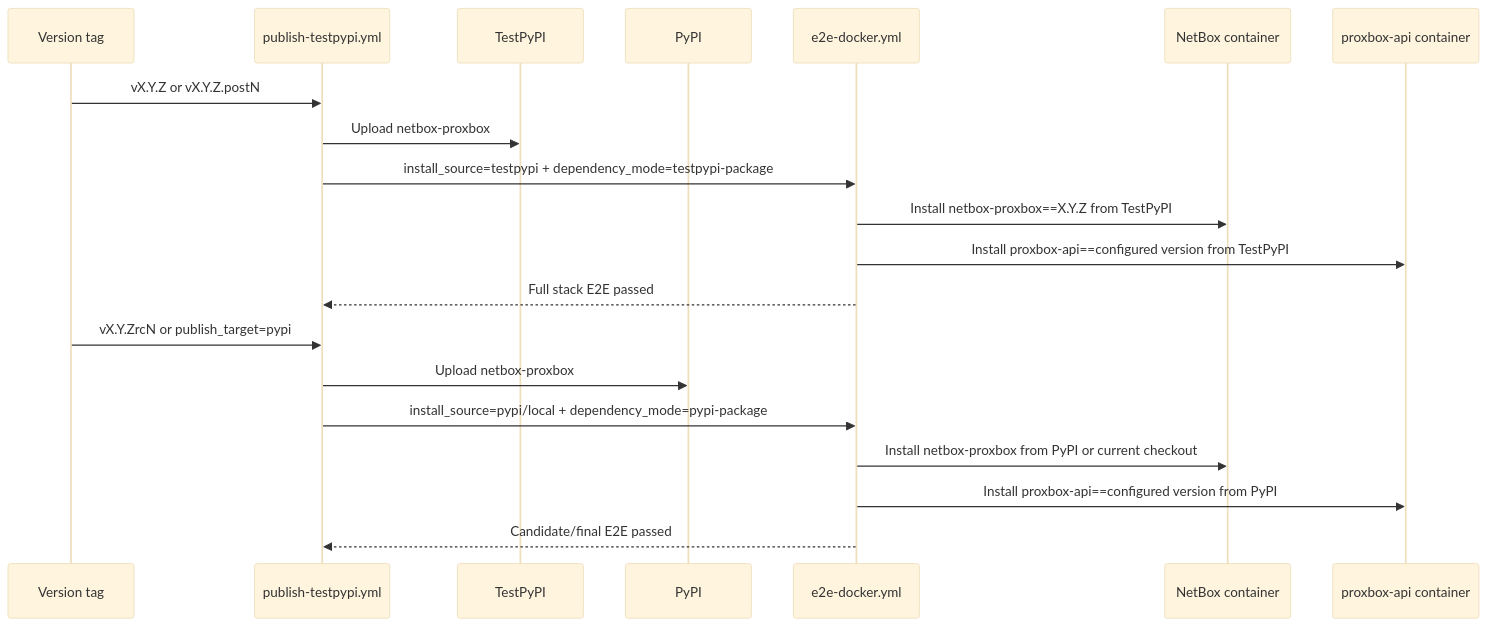
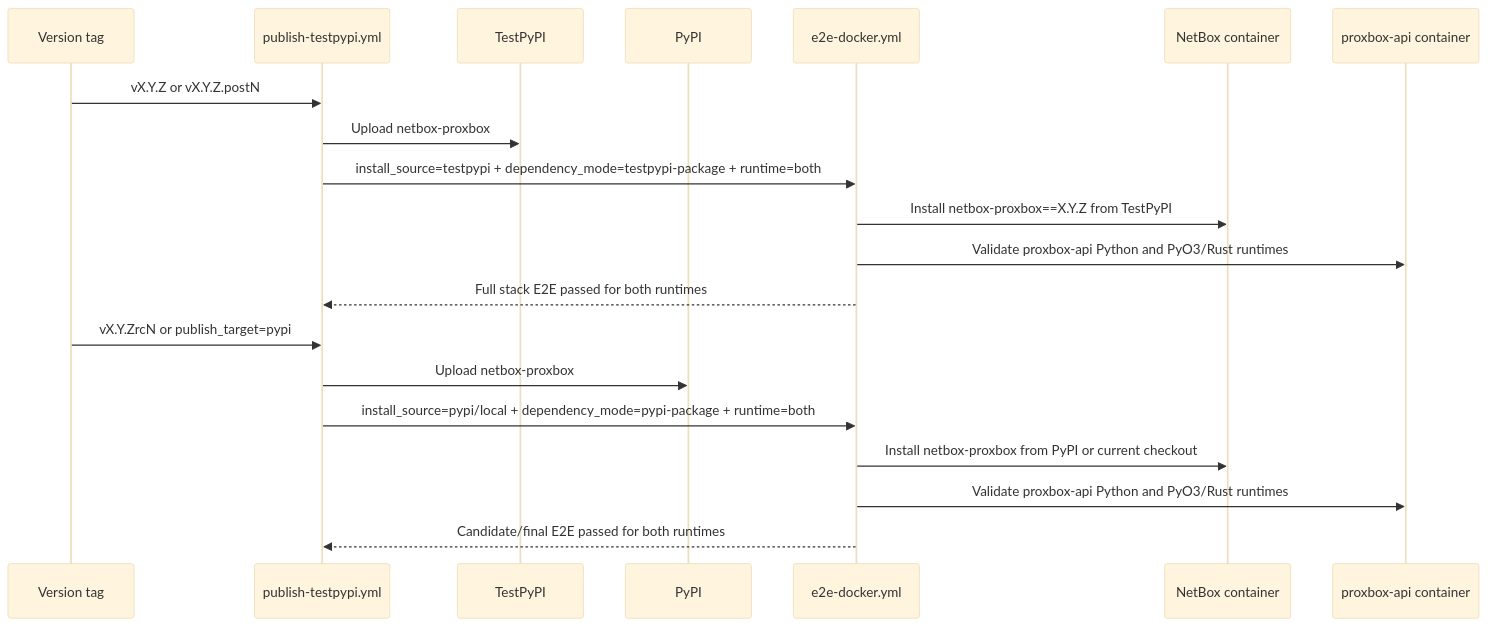
The second of 2 diagrams in docs/developer/ci-e2e-workflows.md (emersonfelipesp/netbox-proxbox), drawn with Mermaid (base theme) before and after one commit. The commit also changed other lines of this file and 4 other files, not shown here.

````diff
--- a/docs/developer/ci-e2e-workflows.md
+++ b/docs/developer/ci-e2e-workflows.md
@@ -70,24 +78,24 @@
 ```mermaid
 sequenceDiagram
     participant Tag as Version tag
     participant WF as publish-testpypi.yml
     participant TP as TestPyPI
     participant PY as PyPI
     participant E2E as e2e-docker.yml
     participant NB as NetBox container
     participant API as proxbox-api container
 
     Tag->>WF: vX.Y.Z or vX.Y.Z.postN
     WF->>TP: Upload netbox-proxbox
-    WF->>E2E: install_source=testpypi + dependency_mode=testpypi-package
+    WF->>E2E: install_source=testpypi + dependency_mode=testpypi-package + runtime=both
     E2E->>NB: Install netbox-proxbox==X.Y.Z from TestPyPI
-    E2E->>API: Install proxbox-api==configured version from TestPyPI
-    E2E-->>WF: Full stack E2E passed
+    E2E->>API: Validate proxbox-api Python and PyO3/Rust runtimes
+    E2E-->>WF: Full stack E2E passed for both runtimes
 
     Tag->>WF: vX.Y.ZrcN or publish_target=pypi
     WF->>PY: Upload netbox-proxbox
-    WF->>E2E: install_source=pypi/local + dependency_mode=pypi-package
+    WF->>E2E: install_source=pypi/local + dependency_mode=pypi-package + runtime=both
     E2E->>NB: Install netbox-proxbox from PyPI or current checkout
-    E2E->>API: Install proxbox-api==configured version from PyPI
-    E2E-->>WF: Candidate/final E2E passed
+    E2E->>API: Validate proxbox-api Python and PyO3/Rust runtimes
+    E2E-->>WF: Candidate/final E2E passed for both runtimes
 ```
````
